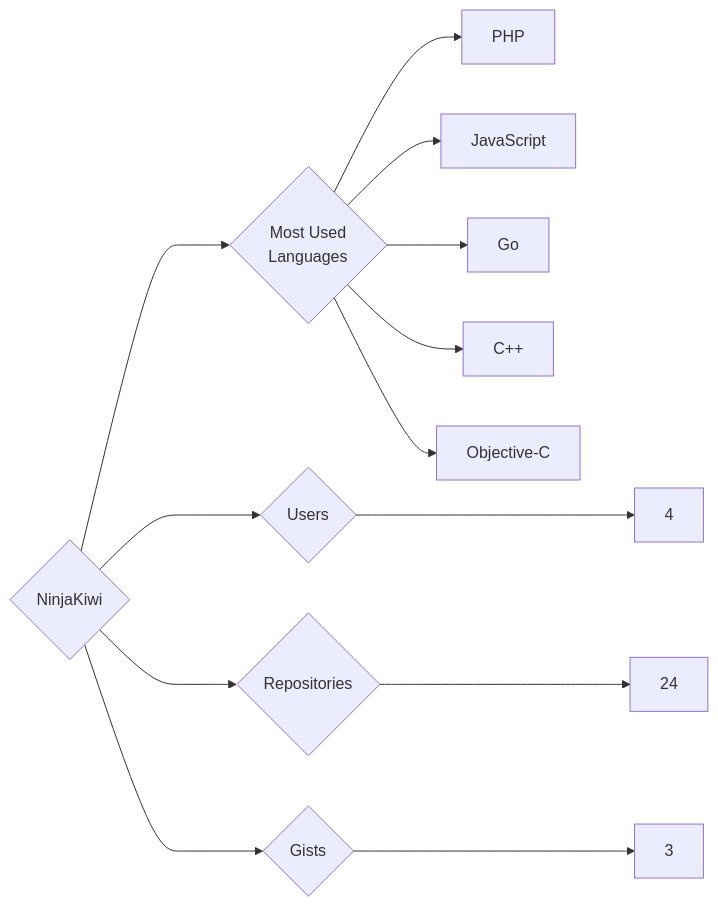
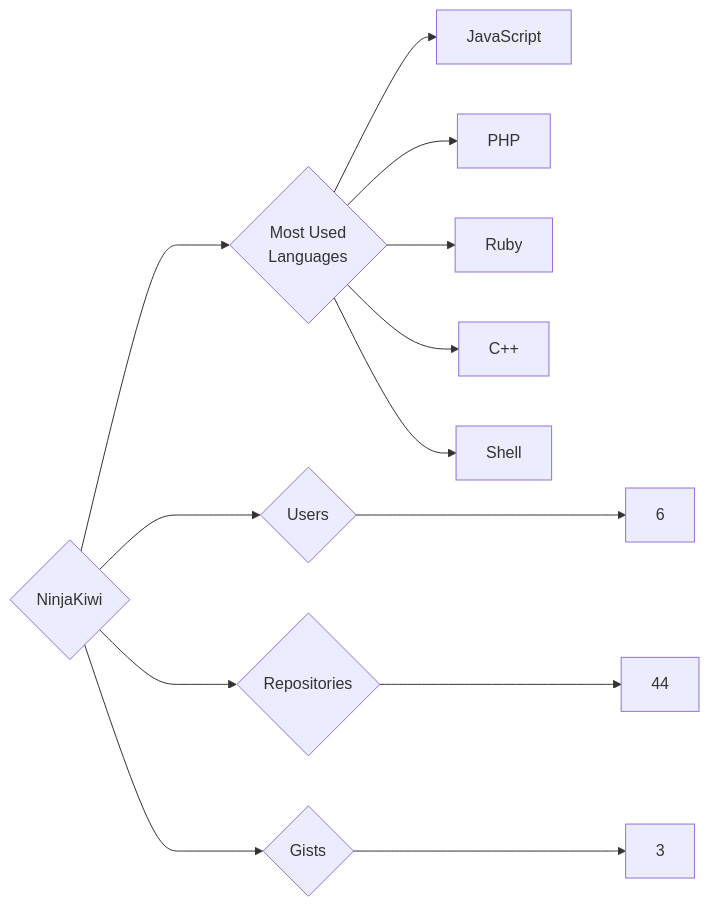
One commit to trickest/insiders changed the diagram in targets/NinjaKiwi/README.md. Above: the diagram before and after it, drawn with Mermaid. The commit also changed 770 other files, not shown here.

````diff
--- a/targets/NinjaKiwi/README.md
+++ b/targets/NinjaKiwi/README.md
@@ -3,13 +3,13 @@
 ```mermaid
 graph LR
 COMPANY_NAME{NinjaKiwi}
-COMPANY_NAME ---> U{Users} ---> UN[4]
-COMPANY_NAME ---> R{Repositories} ---> RN[24]
+COMPANY_NAME ---> U{Users} ---> UN[6]
+COMPANY_NAME ---> R{Repositories} ---> RN[44]
 COMPANY_NAME ---> G{Gists} ---> GN[3]
 COMPANY_NAME ---> ML{Most Used<br>Languages}
+ML --> JavaScript[JavaScript]
 ML --> PHP[PHP]
-ML --> JavaScript[JavaScript]
-ML --> Go[Go]
+ML --> Ruby[Ruby]
 ML --> C++[C++]
-ML --> Objective-C[Objective-C]
+ML --> Shell[Shell]
 ```
````
